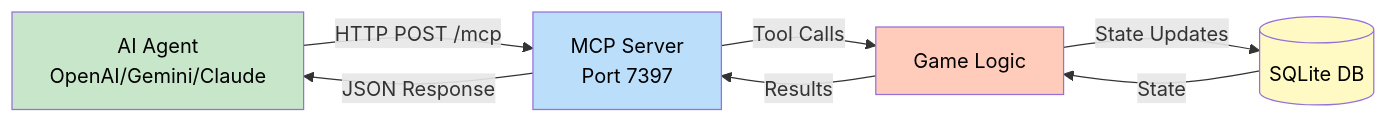
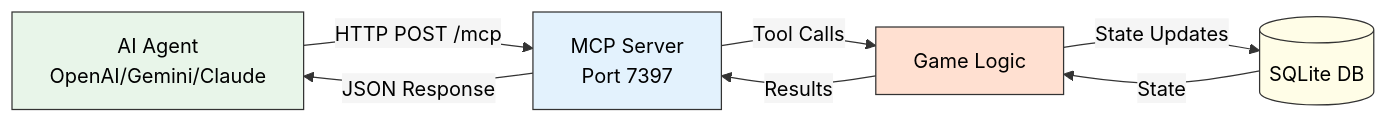
One commit to sw-game-dev/game-mcp-poc changed the first of 4 diagrams in wiki/MCP-Integration.md. Above: the diagram before and after it, drawn with Mermaid. The commit also changed other lines of this file and 6 other files, not shown here.

First line of the commit message:
fix: Improve mermaid diagram contrast with theme and lighter colors

````diff
--- a/wiki/MCP-Integration.md
+++ b/wiki/MCP-Integration.md
@@ -13,14 +13,15 @@
 ```mermaid
+%%{init: {'theme':'base', 'themeVariables': {'primaryColor':'#f5f5f5','primaryTextColor':'#000','primaryBorderColor':'#333','lineColor':'#333','secondaryColor':'#f5f5f5','tertiaryColor':'#f5f5f5'}}}%%
 graph LR
     A[AI Agent<br/>OpenAI/Gemini/Claude] -->|HTTP POST /mcp| B[MCP Server<br/>Port 7397]
     B -->|Tool Calls| C[Game Logic]
     C -->|State Updates| D[(SQLite DB)]
     D -->|State| C
     C -->|Results| B
     B -->|JSON Response| A
 
-    style A fill:#c8e6c9,color:#000
-    style B fill:#bbdefb,color:#000
-    style C fill:#ffccbc,color:#000
-    style D fill:#fff9c4,color:#000
+    style A fill:#e8f5e9,color:#000
+    style B fill:#e3f2fd,color:#000
+    style C fill:#ffe0d1,color:#000
+    style D fill:#fffde7,color:#000
 ```
````
